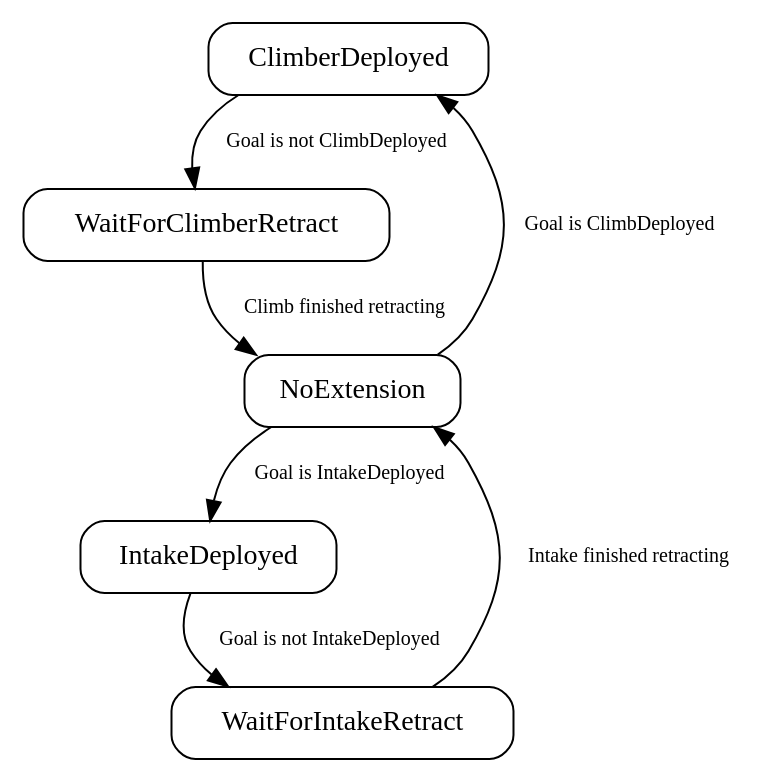
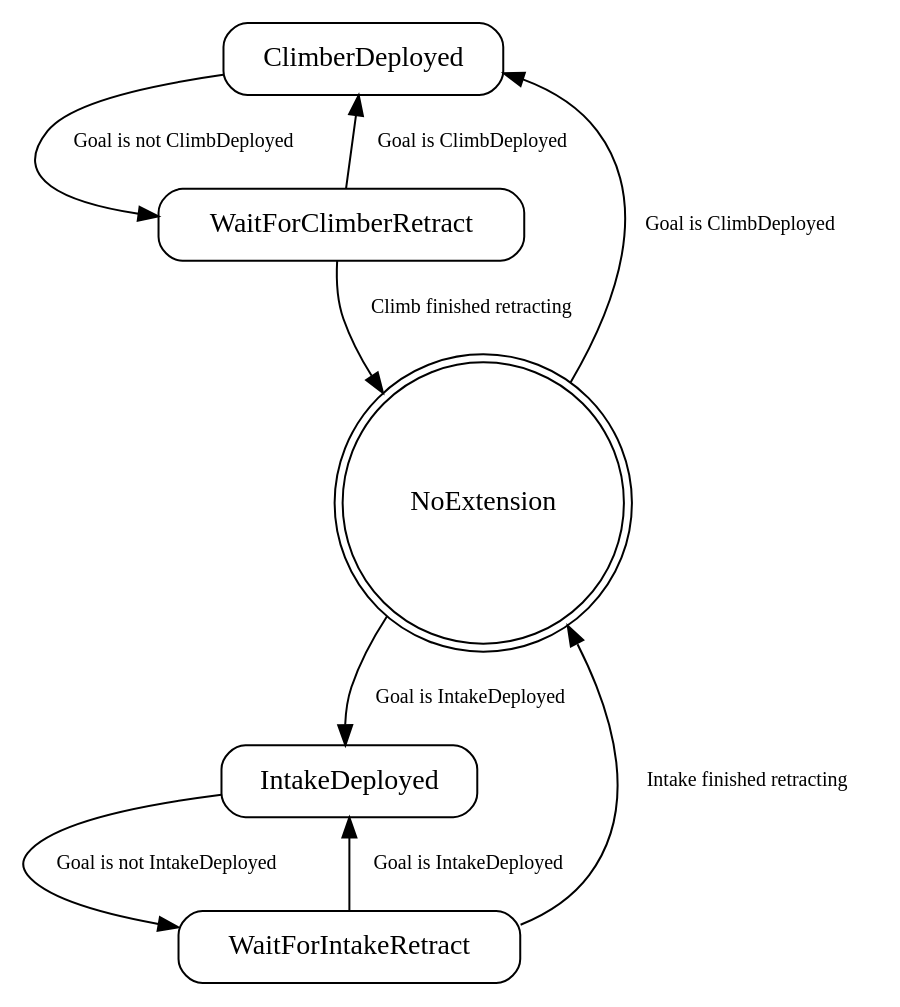
Before and after one commit to team401/2026-Robot-Code: the diagram in state_machine_graphs/coordination.dot, drawn with Graphviz. The commit also changed 54 other files, not shown here.

```diff
--- a/state_machine_graphs/coordination.dot
+++ b/state_machine_graphs/coordination.dot
@@ -1,36 +1,38 @@
 digraph {
 
   // Graphviz Format settings
 
   node [
     shape=box,
     style=rounded
   ];
 
   edge [
     fontsize=10
   ];
 
 
   // States
 
   ClimberDeployed ;
   WaitForClimberRetract ;
-  NoExtension ;
+  NoExtension [shape=doublecircle];
   IntakeDeployed ;
   WaitForIntakeRetract ;
 
   // Transitions
 
   ClimberDeployed -> WaitForClimberRetract [label="Goal is not ClimbDeployed"];
 
   WaitForClimberRetract -> NoExtension [label="Climb finished retracting"];
+  WaitForClimberRetract -> ClimberDeployed [label="Goal is ClimbDeployed"];
 
   NoExtension -> IntakeDeployed [label="Goal is IntakeDeployed"];
   NoExtension -> ClimberDeployed [label="Goal is ClimbDeployed"];
 
   IntakeDeployed -> WaitForIntakeRetract [label="Goal is not IntakeDeployed"];
 
   WaitForIntakeRetract -> NoExtension [label="Intake finished retracting"];
+  WaitForIntakeRetract -> IntakeDeployed [label="Goal is IntakeDeployed"];
 
 }
```
